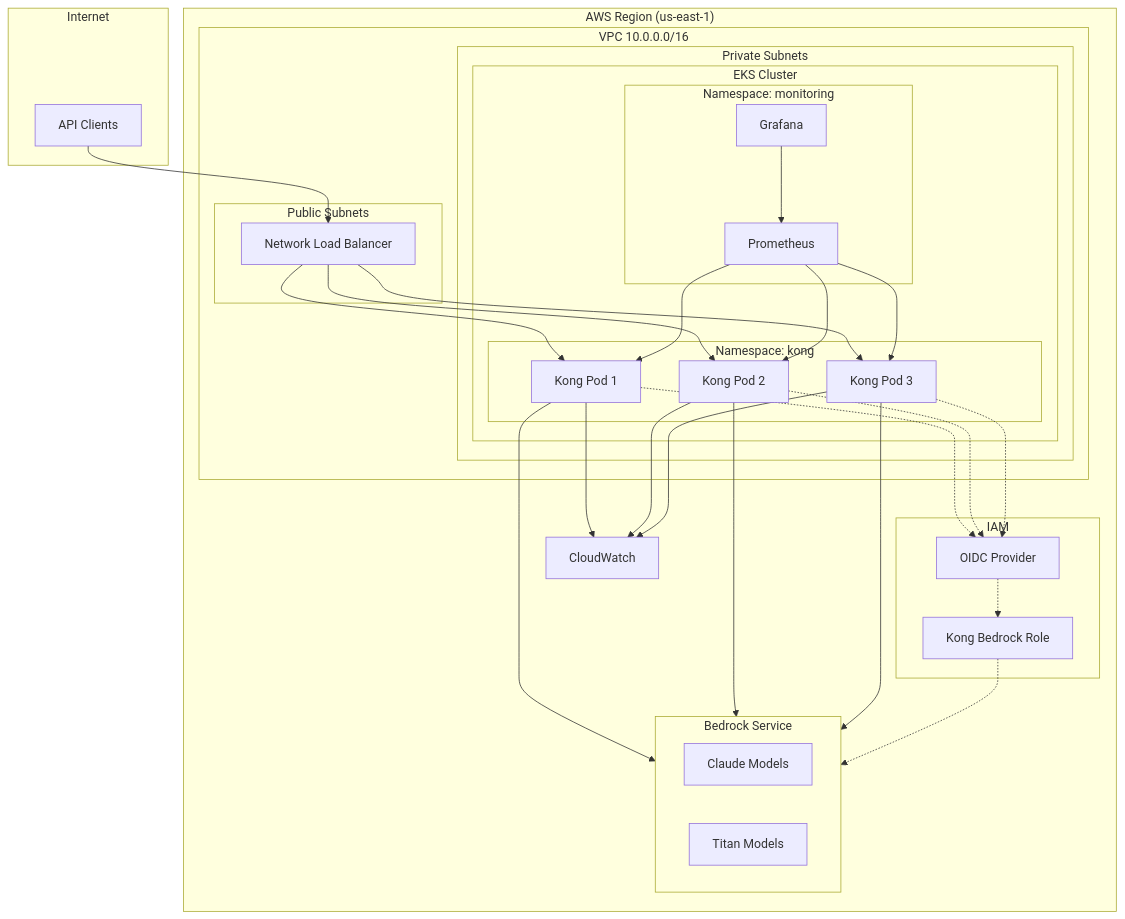
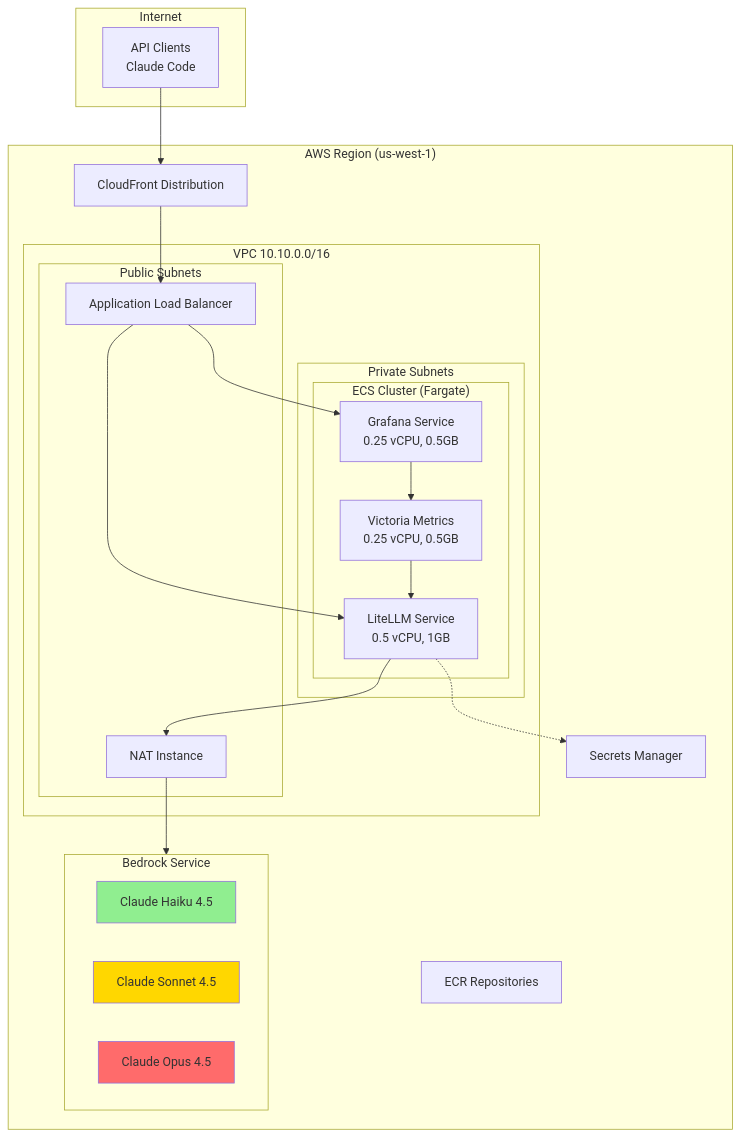
One commit to lorenzogirardi/gw_llm changed the fifth of 7 diagrams in docs/architecture/c4-architecture.md. Above: the diagram before and after it, drawn with Mermaid. The commit also changed other lines of this file and 6 other files, not shown here.

First line of the commit message:
docs: update all documentation for LiteLLM architecture

````diff
--- a/docs/architecture/c4-architecture.md
+++ b/docs/architecture/c4-architecture.md
@@ -169,51 +141,48 @@
 ```mermaid
 flowchart TB
     subgraph Internet
-        client[API Clients]
+        client[API Clients<br/>Claude Code]
     end
 
-    subgraph AWS["AWS Region (us-east-1)"]
-        subgraph VPC["VPC 10.0.0.0/16"]
+    subgraph AWS["AWS Region (us-west-1)"]
+        cf[CloudFront Distribution]
+
+        subgraph VPC["VPC 10.10.0.0/16"]
             subgraph public["Public Subnets"]
-                nlb[Network Load Balancer]
+                alb[Application Load Balancer]
+                nat[NAT Instance]
             end
 
             subgraph private["Private Subnets"]
-                subgraph EKS["EKS Cluster"]
-                    subgraph kong_ns["Namespace: kong"]
-                        kong1[Kong Pod 1]
-                        kong2[Kong Pod 2]
-                        kong3[Kong Pod 3]
-                    end
-
-                    subgraph monitoring["Namespace: monitoring"]
-                        prometheus[Prometheus]
-                        grafana[Grafana]
-                    end
+                subgraph ECS["ECS Cluster (Fargate)"]
+                    litellm[LiteLLM Service<br/>0.5 vCPU, 1GB]
+                    grafana[Grafana Service<br/>0.25 vCPU, 0.5GB]
+                    victoria[Victoria Metrics<br/>0.25 vCPU, 0.5GB]
                 end
             end
         end
 
         subgraph bedrock["Bedrock Service"]
-            claude[Claude Models]
-            titan[Titan Models]
+            haiku[Claude Haiku 4.5]
+            sonnet[Claude Sonnet 4.5]
+            opus[Claude Opus 4.5]
         end
 
-        subgraph iam["IAM"]
-            role[Kong Bedrock Role]
-            oidc[OIDC Provider]
-        end
-
-        cloudwatch[CloudWatch]
+        secrets[Secrets Manager]
+        ecr[ECR Repositories]
     end
 
-    client --> nlb
-    nlb --> kong1 & kong2 & kong3
-    kong1 & kong2 & kong3 --> bedrock
-    kong1 & kong2 & kong3 --> cloudwatch
-    kong1 & kong2 & kong3 -.-> oidc
-    oidc -.-> role
-    role -.-> bedrock
-    prometheus --> kong1 & kong2 & kong3
-    grafana --> prometheus
+    client --> cf
+    cf --> alb
+    alb --> litellm
+    alb --> grafana
+    litellm --> nat
+    nat --> bedrock
+    litellm -.-> secrets
+    victoria --> litellm
+    grafana --> victoria
+
+    style haiku fill:#90EE90
+    style sonnet fill:#FFD700
+    style opus fill:#FF6B6B
 ```
````
